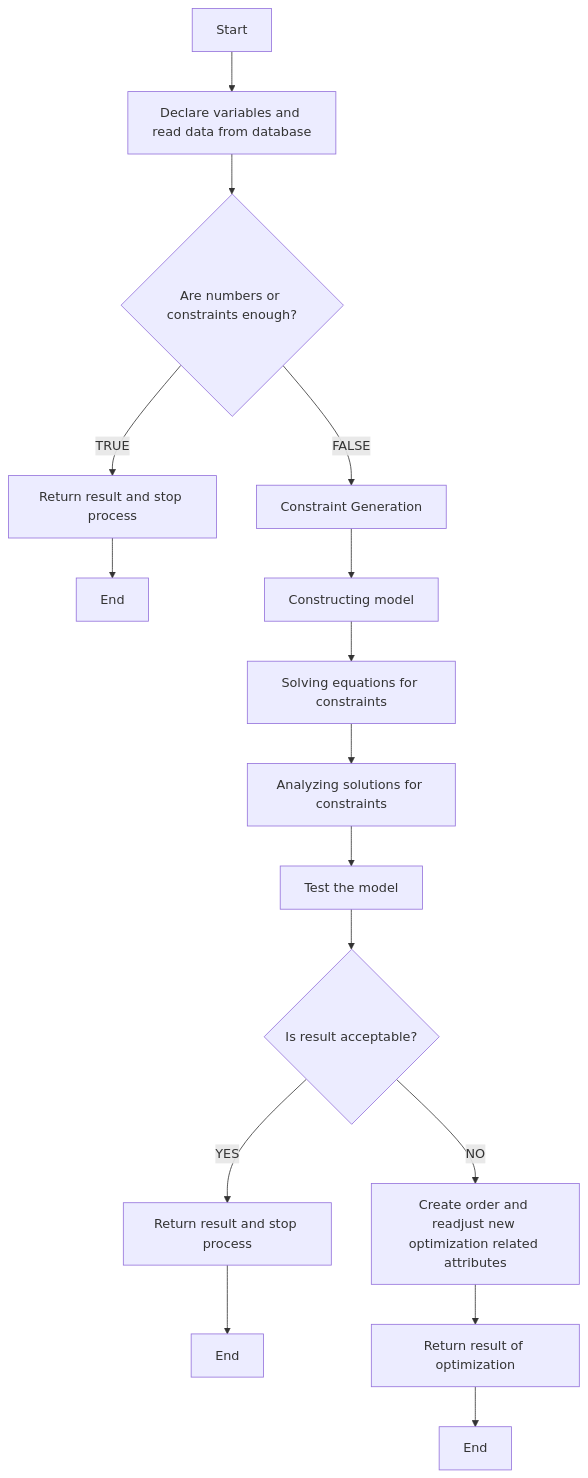
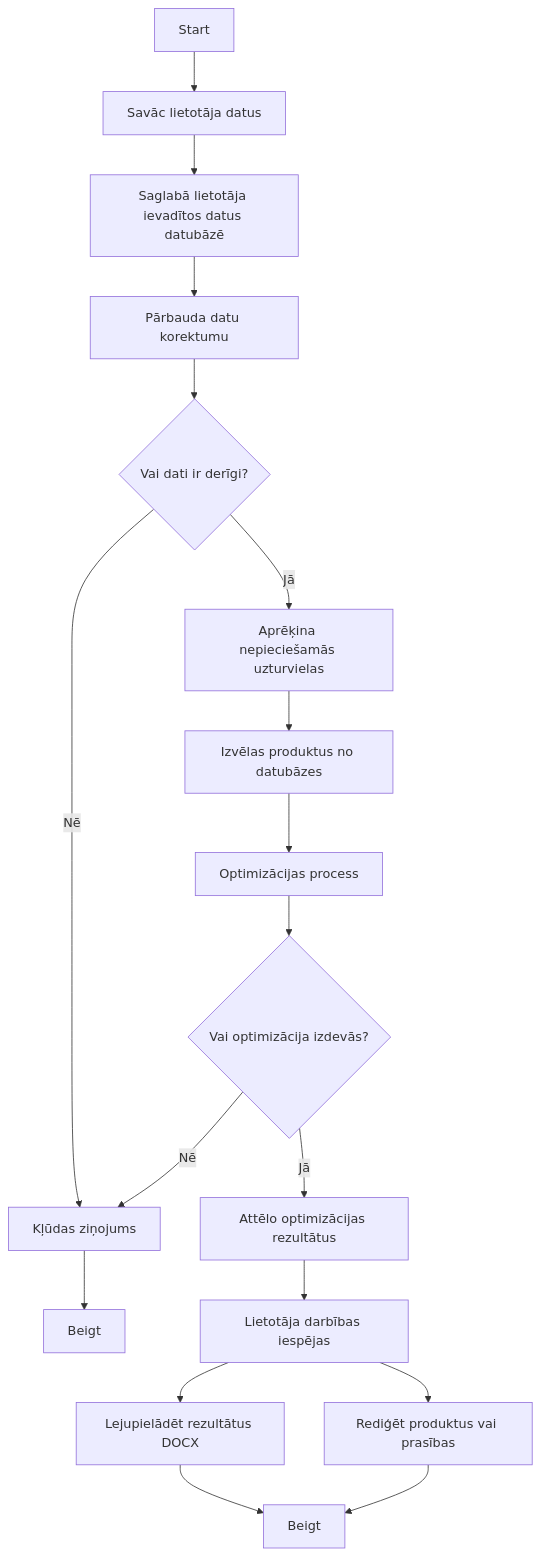
Before and after one commit to maximalian/ProLabD: the diagram in parskats/algoritms.md, drawn with Mermaid. The commit also changed other lines of this file, not shown here.

````diff
--- a/parskats/algoritms.md
+++ b/parskats/algoritms.md
@@ -1,18 +1,20 @@
 ```mermaid
 flowchart TD
-    A[Start] --> B[Declare variables and read data from database]
-    B --> C{Are numbers or constraints enough?}
-    C -->|TRUE| D[Return result and stop process]
-    D --> E[End]
-    C -->|FALSE| F[Constraint Generation]
-    F --> G[Constructing model]
-    G --> H[Solving equations for constraints]
-    H --> I[Analyzing solutions for constraints]
-    I --> J[Test the model]
-    J --> K{Is result acceptable?}
-    K -->|YES| L[Return result and stop process]
-    L --> M[End]
-    K -->|NO| N[Create order and readjust new optimization related attributes]
-    N --> O[Return result of optimization]
-    O --> P[End]
+    A[Start] --> B[Savāc lietotāja datus]
+    B --> C[Saglabā lietotāja ievadītos datus datubāzē]
+    C --> D[Pārbauda datu korektumu]
+    D --> E{Vai dati ir derīgi?}
+    E -->|Nē| F[Kļūdas ziņojums]
+    F --> G[Beigt]
+    E -->|Jā| H[Aprēķina nepieciešamās uzturvielas]
+    H --> I[Izvēlas produktus no datubāzes]
+    I --> J[Optimizācijas process]
+    J --> K{Vai optimizācija izdevās?}
+    K -->|Nē| F[Kļūdas ziņojums]
+    K -->|Jā| L[Attēlo optimizācijas rezultātus]
+    L --> M[Lietotāja darbības iespējas]
+    M --> N[Lejupielādēt rezultātus DOCX]
+    M --> O[Rediģēt produktus vai prasības]
+    N --> P[Beigt]
+    O --> P[Beigt]
 ```
````
